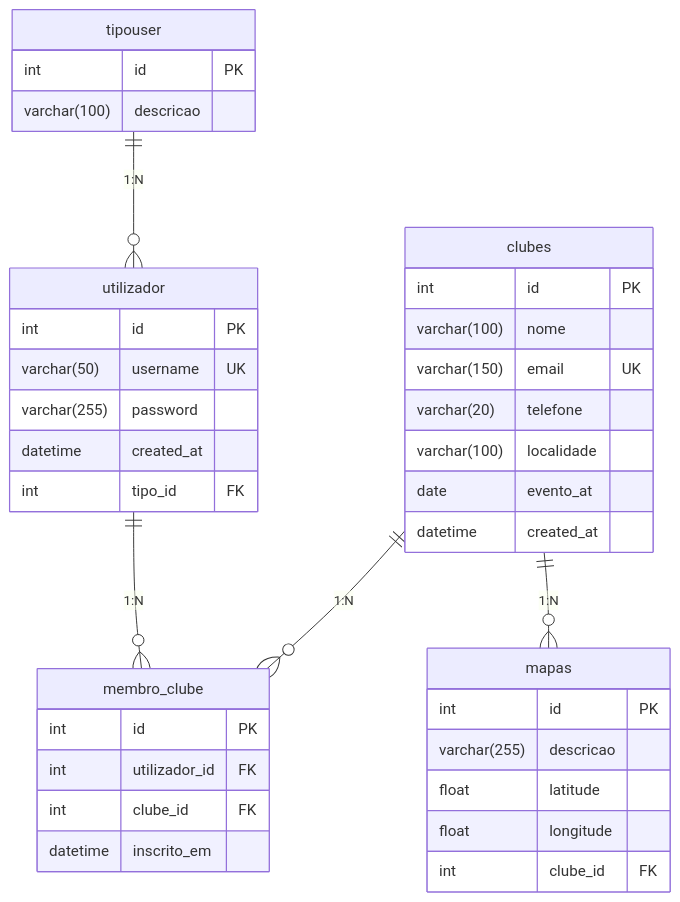
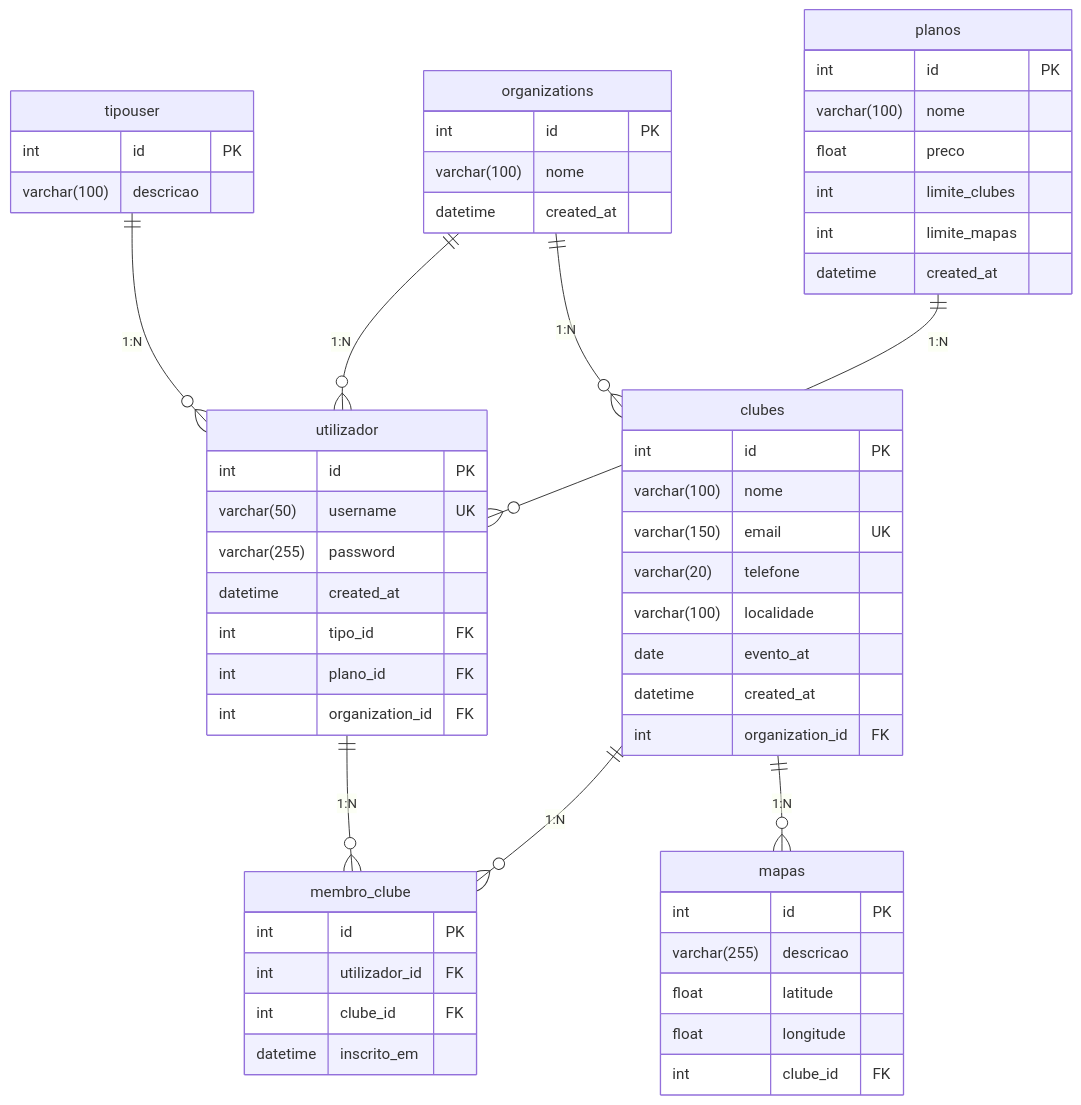
One commit to Wand-DenaXy/-Manueli-s-Clubes changed the fourth of 10 diagrams in README.md. Above: the diagram before and after it, drawn with Mermaid. The commit also changed other lines of this file and 2 other files, not shown here.

````diff
--- a/README.md
+++ b/README.md
@@ -245,45 +290,66 @@
 ```mermaid
 erDiagram
+    organizations ||--o{ utilizador : "1:N"
+    organizations ||--o{ clubes : "1:N"
     tipouser ||--o{ utilizador : "1:N"
+    planos ||--o{ utilizador : "1:N"
     utilizador ||--o{ membro_clube : "1:N"
     clubes ||--o{ membro_clube : "1:N"
     clubes ||--o{ mapas : "1:N"
+
+    organizations {
+        int id PK
+        varchar(100) nome
+        datetime created_at
+    }
+
+    planos {
+        int id PK
+        varchar(100) nome
+        float preco
+        int limite_clubes
+        int limite_mapas
+        datetime created_at
+    }
 
     tipouser {
         int id PK
         varchar(100) descricao
     }
 
     utilizador {
         int id PK
         varchar(50) username UK
         varchar(255) password
         datetime created_at
         int tipo_id FK
+        int plano_id FK
+        int organization_id FK
     }
 
     clubes {
         int id PK
         varchar(100) nome
         varchar(150) email UK
         varchar(20) telefone
         varchar(100) localidade
         date evento_at
         datetime created_at
+        int organization_id FK
     }
 
     membro_clube {
         int id PK
         int utilizador_id FK
         int clube_id FK
         datetime inscrito_em
     }
 
     mapas {
         int id PK
         varchar(255) descricao
         float latitude
         float longitude
         int clube_id FK
     }
 ```
````
